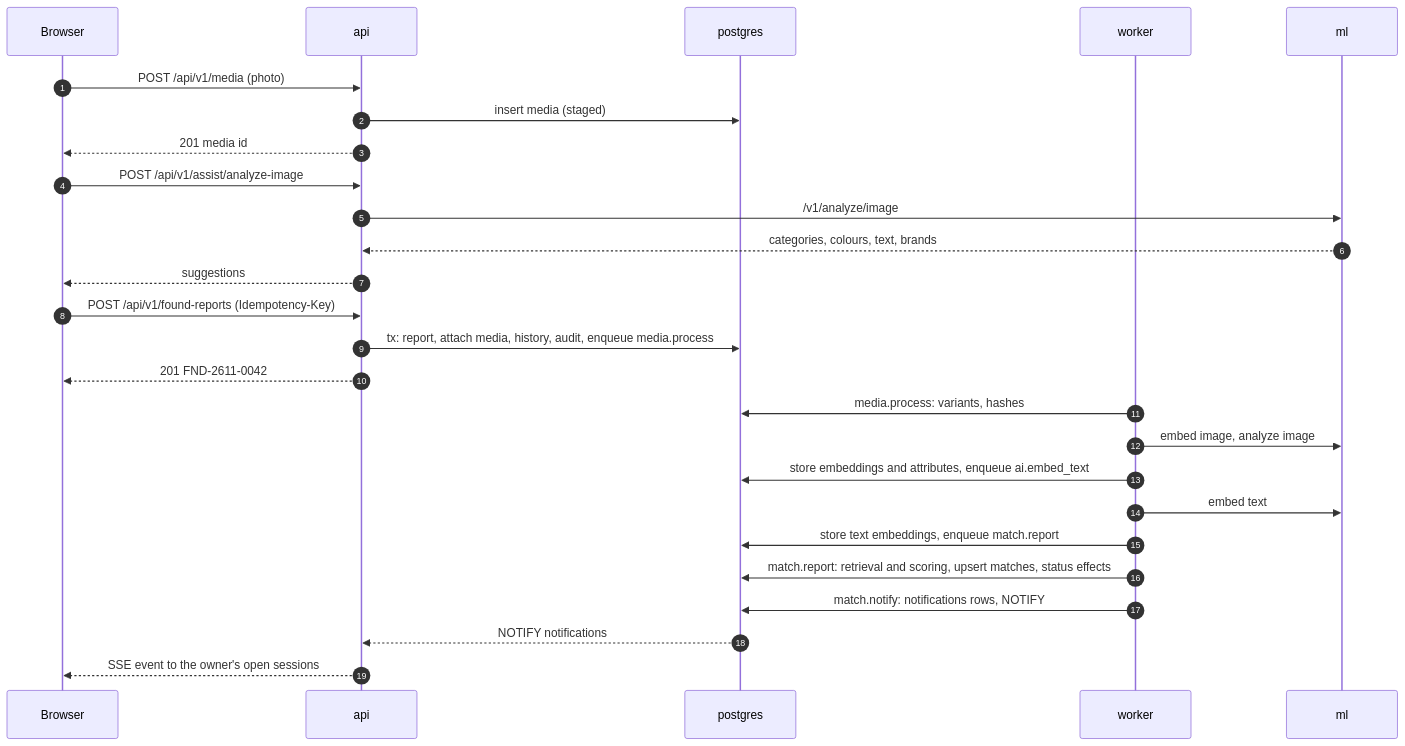
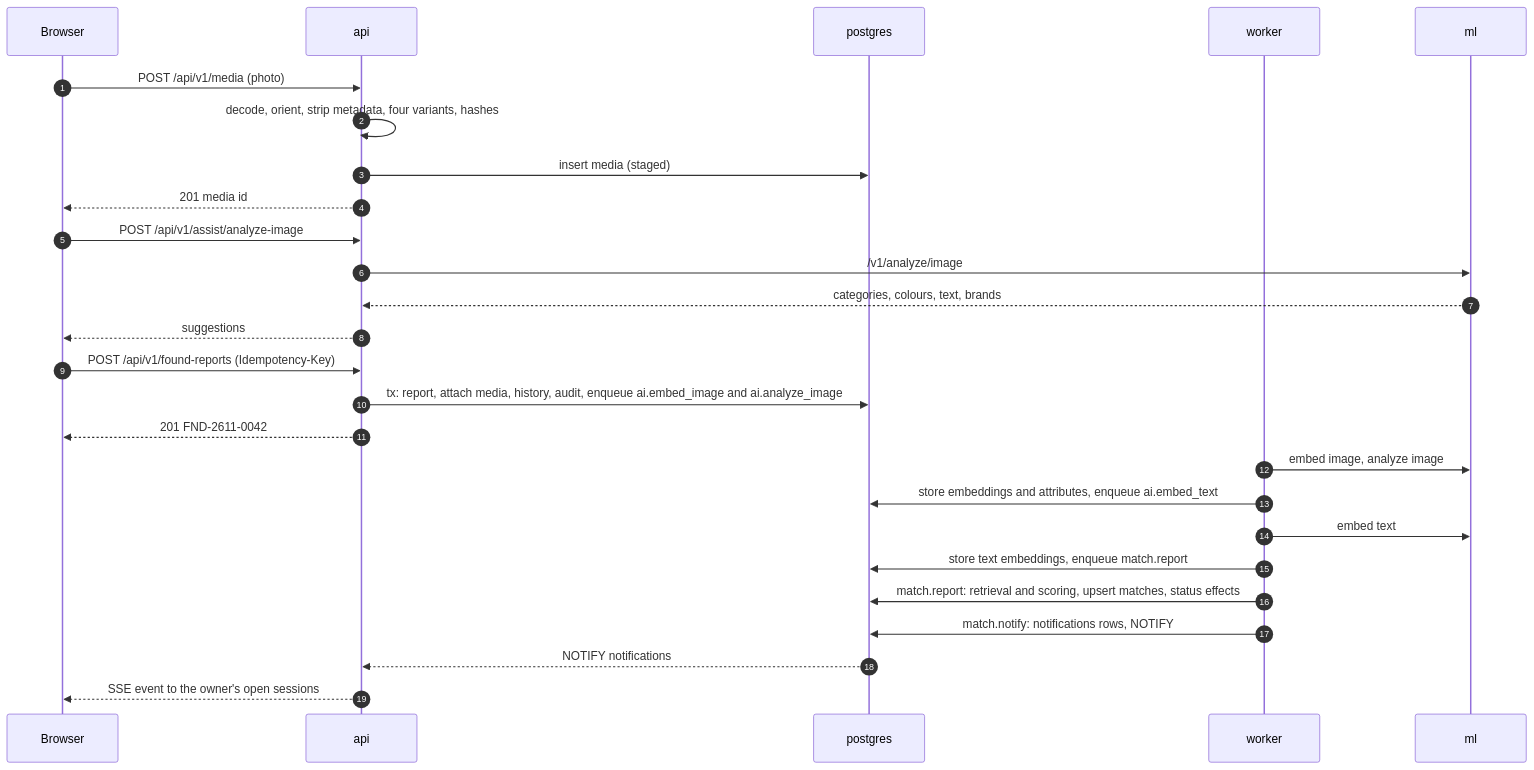
The fourth of 6 diagrams in docs/architecture/overview.md (pisondev/simpanugm), drawn with Mermaid before and after one commit. The commit also changed 111 other files, not shown here.

````diff
--- a/docs/architecture/overview.md
+++ b/docs/architecture/overview.md
@@ -157,28 +157,28 @@
 ```mermaid
 sequenceDiagram
     autonumber
     participant B as Browser
     participant A as api
     participant DB as postgres
     participant W as worker
     participant M as ml
     B->>A: POST /api/v1/media (photo)
+    A->>A: decode, orient, strip metadata, four variants, hashes
     A->>DB: insert media (staged)
     A-->>B: 201 media id
     B->>A: POST /api/v1/assist/analyze-image
     A->>M: /v1/analyze/image
     M-->>A: categories, colours, text, brands
     A-->>B: suggestions
     B->>A: POST /api/v1/found-reports (Idempotency-Key)
-    A->>DB: tx: report, attach media, history, audit, enqueue media.process
+    A->>DB: tx: report, attach media, history, audit, enqueue ai.embed_image and ai.analyze_image
     A-->>B: 201 FND-2611-0042
-    W->>DB: media.process: variants, hashes
     W->>M: embed image, analyze image
     W->>DB: store embeddings and attributes, enqueue ai.embed_text
     W->>M: embed text
     W->>DB: store text embeddings, enqueue match.report
     W->>DB: match.report: retrieval and scoring, upsert matches, status effects
     W->>DB: match.notify: notifications rows, NOTIFY
     DB-->>A: NOTIFY notifications
     A-->>B: SSE event to the owner's open sessions
 ```
````
